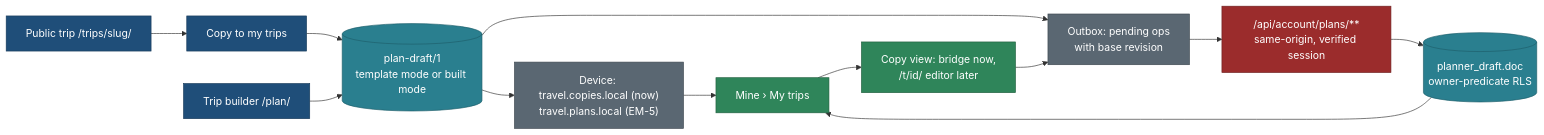
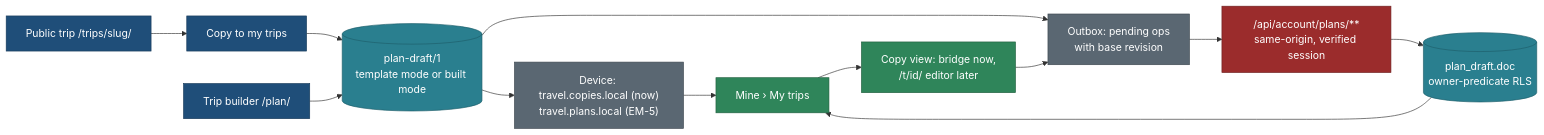
Before and after one commit to nitin27may/travel: the diagram in docs/v2/features/edit-my-trip.md, drawn with Mermaid. The commit also changed other lines of this file and 63 other files, not shown here.

First line of the commit message:
refactor(EM-F): rename planner_draft to plan_draft (owner decision)

````diff
--- a/docs/v2/features/edit-my-trip.md
+++ b/docs/v2/features/edit-my-trip.md
@@ -83,28 +83,28 @@
 ```mermaid
 flowchart LR
   classDef core fill:#1F4E79,stroke:#163A5A,color:#FFFFFF
   classDef data fill:#2A7F8F,stroke:#1E5F6B,color:#FFFFFF
   classDef ext fill:#B7791F,stroke:#8A5A12,color:#FFFFFF
   classDef sec fill:#9B2C2C,stroke:#6E1F1F,color:#FFFFFF
   classDef ok fill:#2F855A,stroke:#22603F,color:#FFFFFF
   classDef infra fill:#5A6772,stroke:#3E4850,color:#FFFFFF
 
   T["Public trip /trips/slug/"]:::core
   C["Copy to my trips"]:::core
   B["Trip builder /plan/"]:::core
   D[("plan-draft/1<br/>template mode or built mode")]:::data
   DEV["Device: travel.copies.local (now)<br/>travel.plans.local (EM-5)"]:::infra
   OUT["Outbox: pending ops<br/>with base revision"]:::infra
   API["/api/account/plans/**<br/>same-origin, verified session"]:::sec
-  PG[("planner_draft.doc<br/>owner-predicate RLS")]:::data
+  PG[("plan_draft.doc<br/>owner-predicate RLS")]:::data
   M["Mine › My trips"]:::ok
   E["Copy view: bridge now,<br/>/t/id/ editor later"]:::ok
 
   T --> C --> D
   B --> D
   D --> DEV
   D --> OUT --> API --> PG
   PG --> M
   DEV --> M
   M --> E --> OUT
 ```
````
